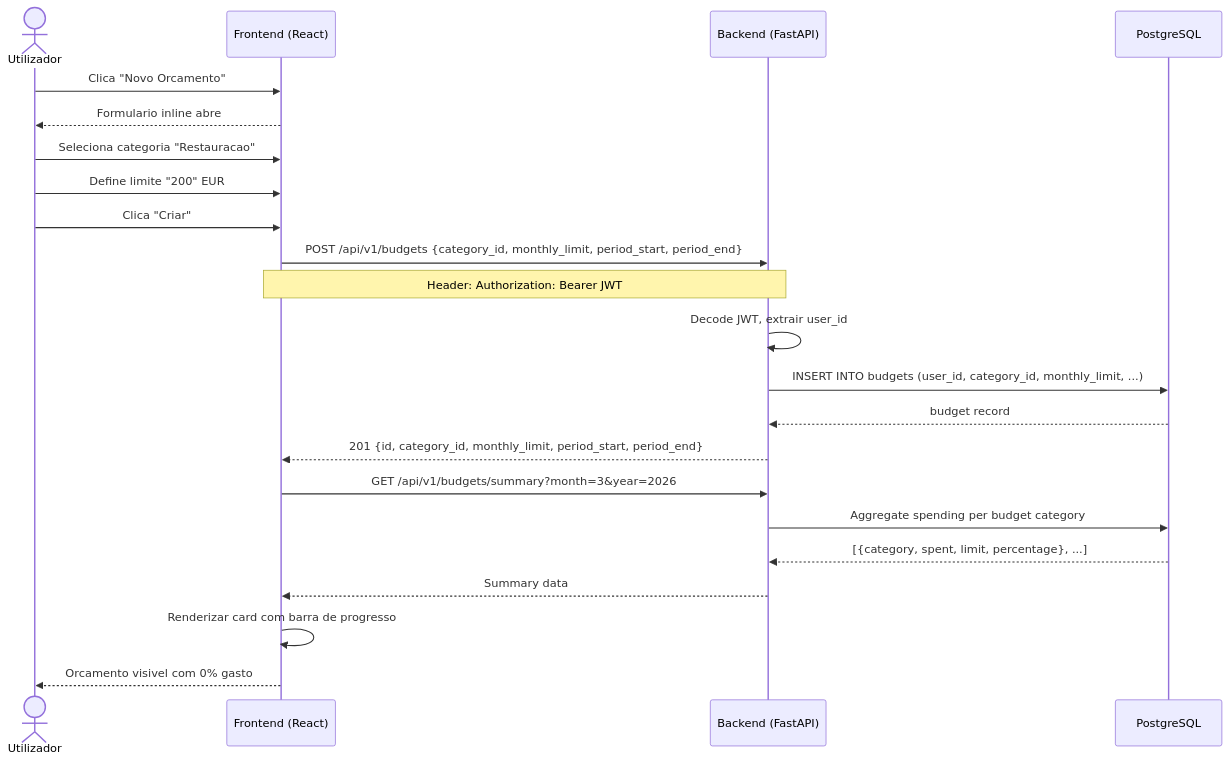
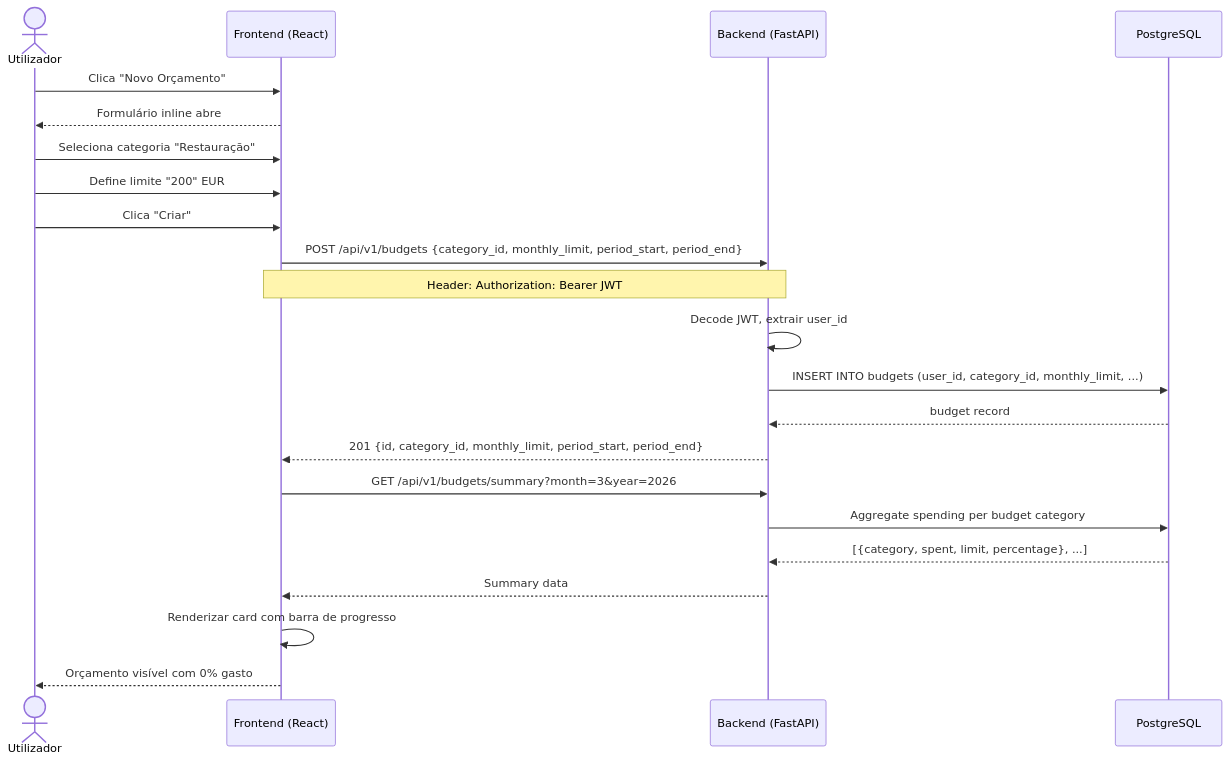
The fifth of 5 diagrams in docs/sprint1/04_diagramas_sequencia.md (henriquelaia/FinTwin), drawn with Mermaid before and after one commit. The commit also changed other lines of this file and 11 other files, not shown here.

````diff
--- a/docs/sprint1/04_diagramas_sequencia.md
+++ b/docs/sprint1/04_diagramas_sequencia.md
@@ -177,30 +177,30 @@
 ```mermaid
 sequenceDiagram
     actor U as Utilizador
     participant FE as Frontend (React)
     participant API as Backend (FastAPI)
     participant DB as PostgreSQL
 
-    U->>FE: Clica "Novo Orcamento"
-    FE-->>U: Formulario inline abre
+    U->>FE: Clica "Novo Orçamento"
+    FE-->>U: Formulário inline abre
 
-    U->>FE: Seleciona categoria "Restauracao"
+    U->>FE: Seleciona categoria "Restauração"
     U->>FE: Define limite "200" EUR
     U->>FE: Clica "Criar"
 
     FE->>API: POST /api/v1/budgets {category_id, monthly_limit, period_start, period_end}
     Note over FE,API: Header: Authorization: Bearer JWT
 
     API->>API: Decode JWT, extrair user_id
     API->>DB: INSERT INTO budgets (user_id, category_id, monthly_limit, ...)
     DB-->>API: budget record
     API-->>FE: 201 {id, category_id, monthly_limit, period_start, period_end}
 
     FE->>API: GET /api/v1/budgets/summary?month=3&year=2026
     API->>DB: Aggregate spending per budget category
     DB-->>API: [{category, spent, limit, percentage}, ...]
     API-->>FE: Summary data
 
     FE->>FE: Renderizar card com barra de progresso
-    FE-->>U: Orcamento visivel com 0% gasto
+    FE-->>U: Orçamento visível com 0% gasto
 ```
````
